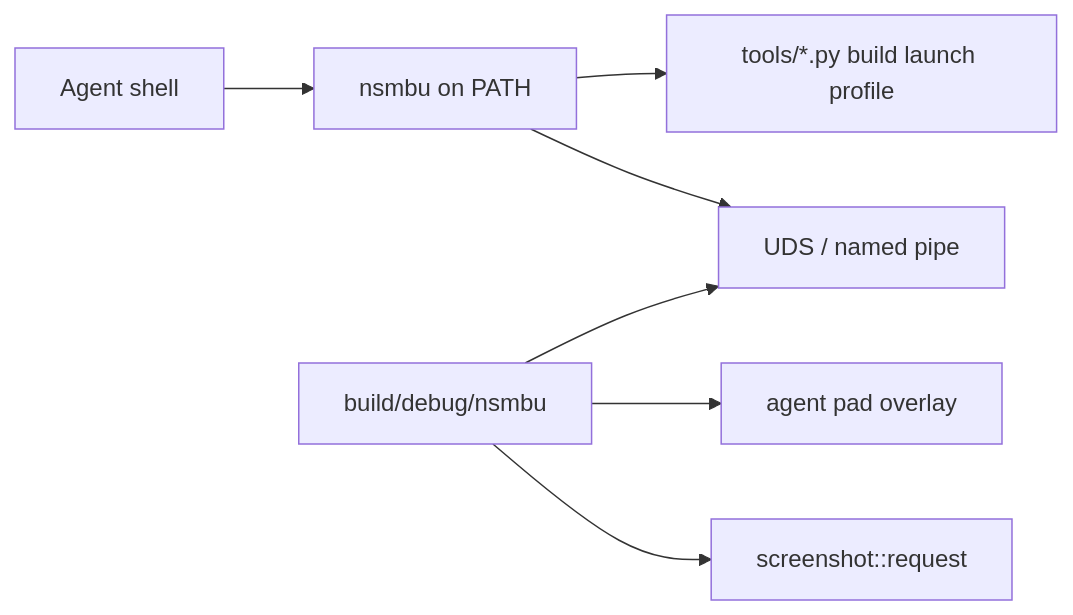
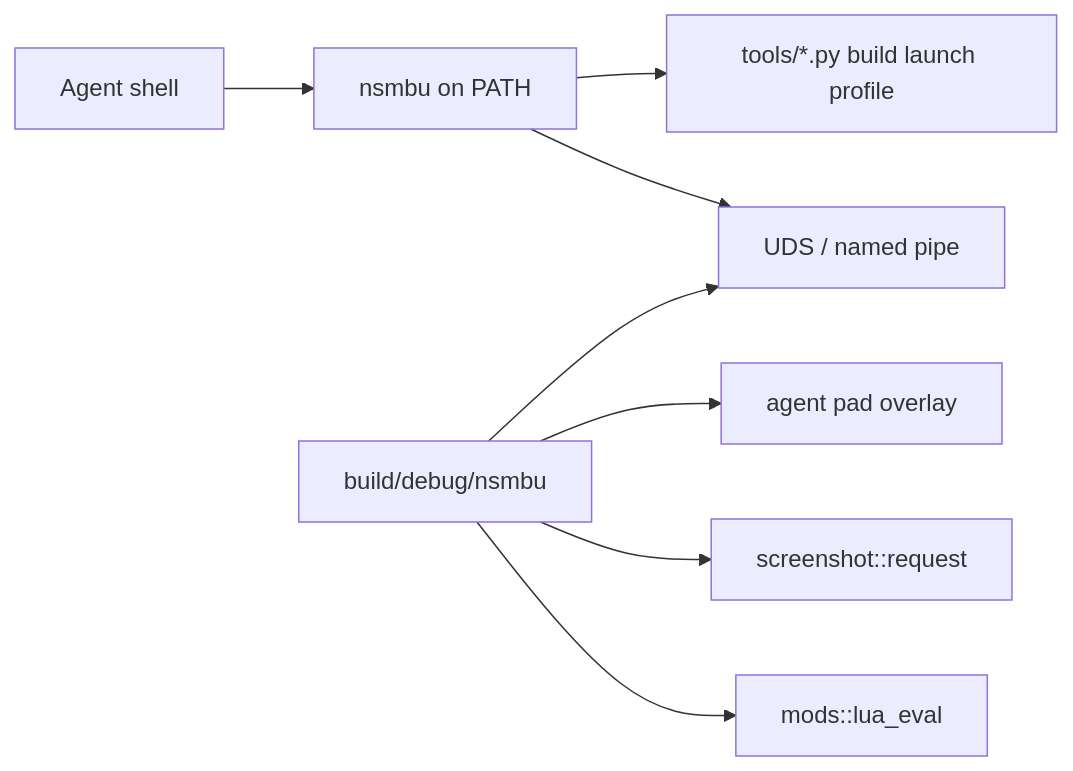
Before and after one commit to alayhayali/nsmbu-recomp: the diagram in docs/cli.md, drawn with Mermaid. The commit also changed other lines of this file and 16 other files, not shown here.

First line of the commit message:
Add nsmbu eval to run Lua in the running game

````diff
--- a/docs/cli.md
+++ b/docs/cli.md
@@ -40,9 +40,10 @@
 ```mermaid
 flowchart LR
   Agent["Agent shell"] --> CLI["nsmbu on PATH"]
   CLI --> Tools["tools/*.py build launch profile"]
   CLI --> Sock["UDS / named pipe"]
   Game["build/debug/nsmbu"] --> Sock
   Game --> Input["agent pad overlay"]
   Game --> Shot["screenshot::request"]
+  Game --> Eval["mods::lua_eval"]
 ```
````
